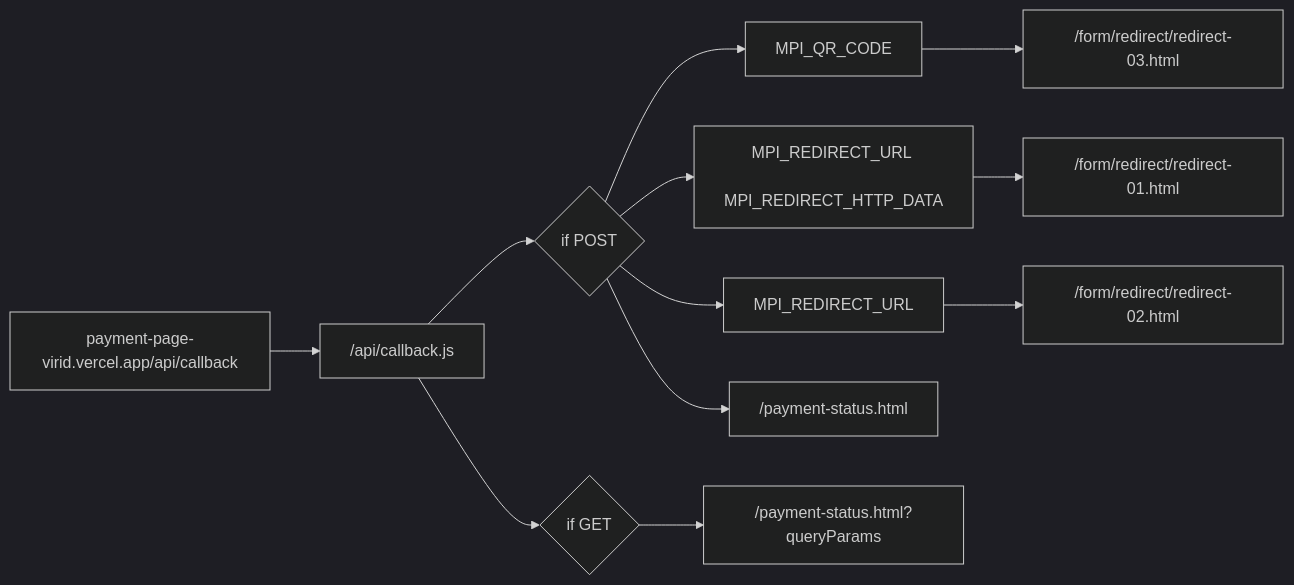
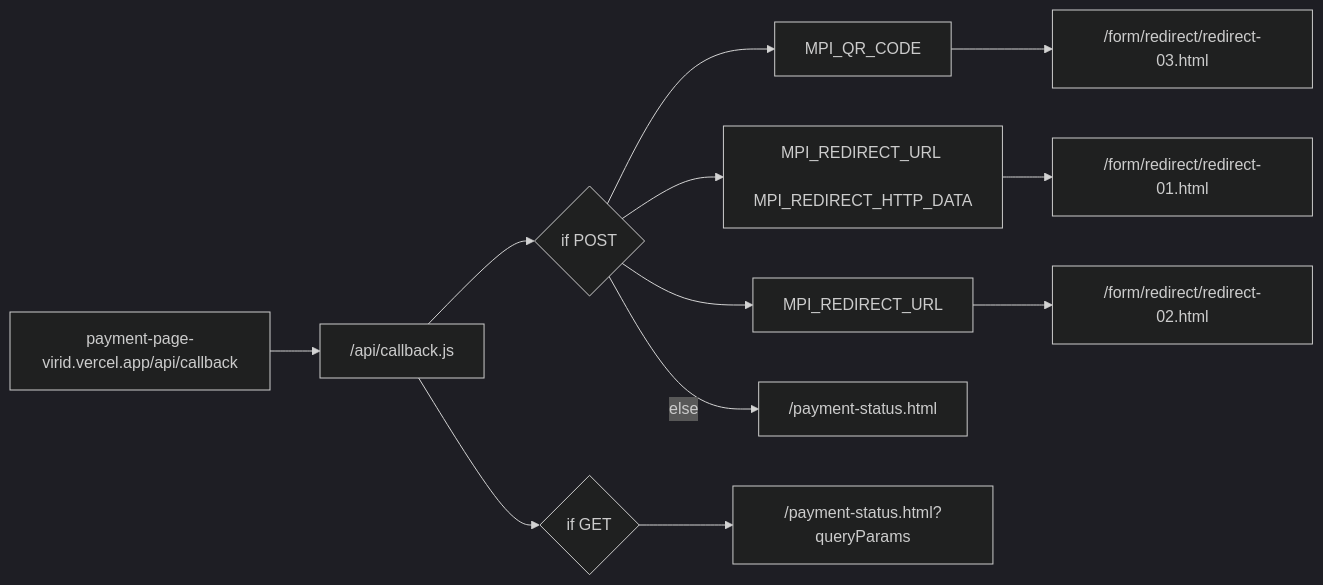
One commit to systemspcpyd/payment-page changed the second of 2 diagrams in README.md. Above: the diagram before and after it, drawn with Mermaid (dark theme).

````diff
--- a/README.md
+++ b/README.md
@@ -36,19 +36,21 @@
 ```mermaid
 graph LR
     Callback["payment-page-virid.vercel.app/api/callback"] --> API_JS["/api/callback.js"]
     
     API_JS --> IfPOST{"if POST"}
     IfPOST --> QR["MPI_QR_CODE"]
     IfPOST --> DATA["MPI_REDIRECT_URL <br/> MPI_REDIRECT_HTTP_DATA"]
     IfPOST --> URL_ONLY["MPI_REDIRECT_URL"]
-    IfPOST --> Status["/payment-status.html"]
+
+    %% Else/Fallback condition
+    IfPOST -- "else" --> Status["/payment-status.html"]
     
     QR --> R3["/form/redirect/redirect-03.html"]
     DATA --> R1["/form/redirect/redirect-01.html"]
     URL_ONLY --> R2["/form/redirect/redirect-02.html"]
     
     API_JS --> IfGET{"if GET"}
     IfGET --> StatusQuery["/payment-status.html?queryParams"]
 
 
 ```
````
